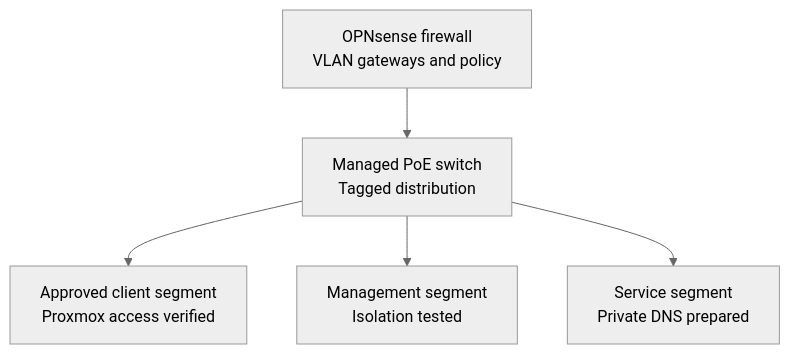
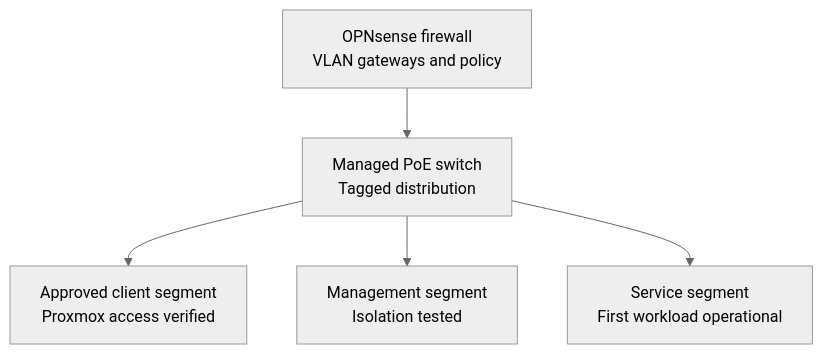
Before and after one commit to DeadPol8789/homelab: the second of 3 diagrams in docs/architecture.md, drawn with Mermaid (neutral theme). The commit also changed other lines of this file and 9 other files, not shown here.

First line of the commit message:
Document first operational Hermes workload (#6)

````diff
--- a/docs/architecture.md
+++ b/docs/architecture.md
@@ -44,7 +48,7 @@
 ```mermaid
 flowchart TD
     FW["OPNsense firewall<br/>VLAN gateways and policy"] --> SW["Managed PoE switch<br/>Tagged distribution"]
     SW --> ZONE_A["Approved client segment<br/>Proxmox access verified"]
     SW --> ZONE_B["Management segment<br/>Isolation tested"]
-    SW --> ZONE_C["Service segment<br/>Private DNS prepared"]
+    SW --> ZONE_C["Service segment<br/>First workload operational"]
 ```
````
